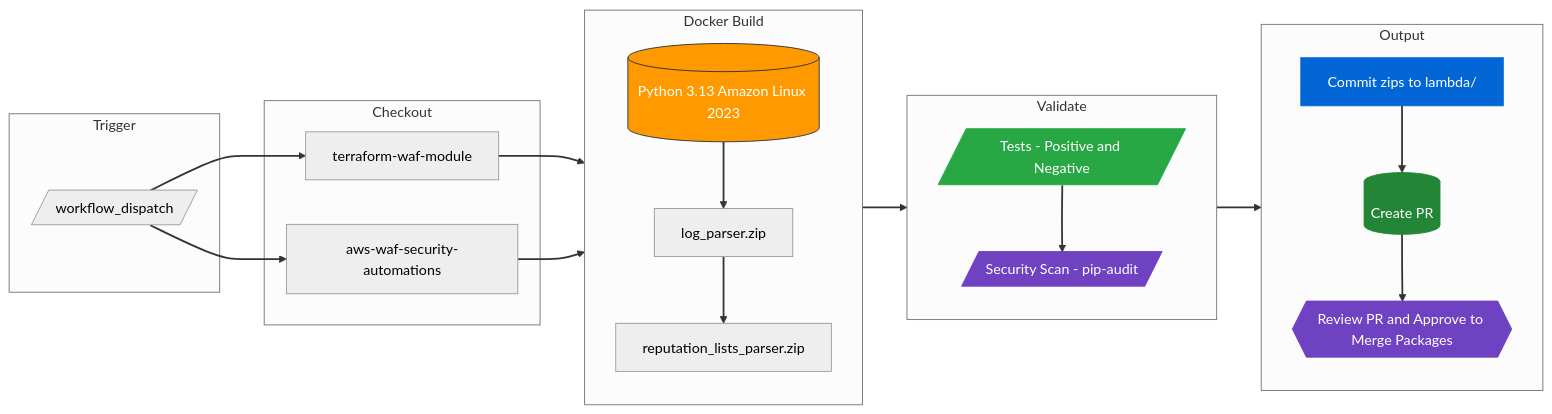
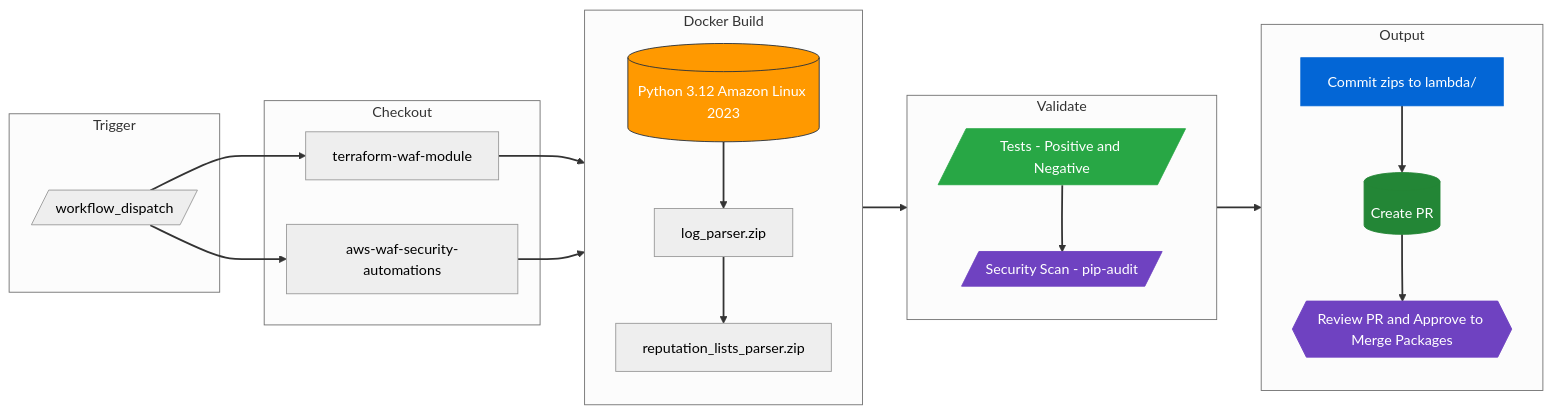
The second of 7 diagrams in docs/ARCHITECTURE.md (datastreamapp/terraform-waf-module), drawn with Mermaid (neutral theme) before and after one commit. The commit also changed other lines of this file and 16 other files, not shown here.

````diff
--- a/docs/ARCHITECTURE.md
+++ b/docs/ARCHITECTURE.md
@@ -78,48 +78,48 @@
 ```mermaid
 flowchart LR
     subgraph Trigger["Trigger"]
         Manual[/"workflow_dispatch"/]
     end
 
     subgraph Checkout["Checkout"]
         Repo[terraform-waf-module]
         Upstream[aws-waf-security-automations]
     end
 
     subgraph Build["Docker Build"]
         direction TB
-        Docker[("Python 3.13 Amazon Linux 2023")]
+        Docker[("Python 3.12 Amazon Linux 2023")]
         LP_Build[log_parser.zip]
         RP_Build[reputation_lists_parser.zip]
         Docker --> LP_Build --> RP_Build
     end
 
     subgraph Validate["Validate"]
         direction TB
         Tests[/"Tests - Positive and Negative"/]
         Sec[/"Security Scan - pip-audit"/]
     end
 
     subgraph Output["Output"]
         direction TB
         Commit["Commit zips to lambda/"]
         PR[("Create PR")]
         Review{{"Review PR and Approve to Merge Packages"}}
         Commit --> PR --> Review
     end
 
     Manual --> Repo
     Manual --> Upstream
     Repo --> Docker
     Upstream --> Docker
     RP_Build --> Tests --> Sec --> Commit
 
     style Docker fill:#FF9900,stroke:#232F3E,color:white
     style Commit fill:#0366d6,stroke:#0366d6,color:white
     style PR fill:#238636,stroke:#238636,color:white
     style Review fill:#6f42c1,stroke:#6f42c1,color:white
     style Tests fill:#28a745,stroke:#28a745,color:white
     style Sec fill:#6f42c1,stroke:#6f42c1,color:white
 
     linkStyle default stroke:#333,stroke-width:2px
 ```
````
